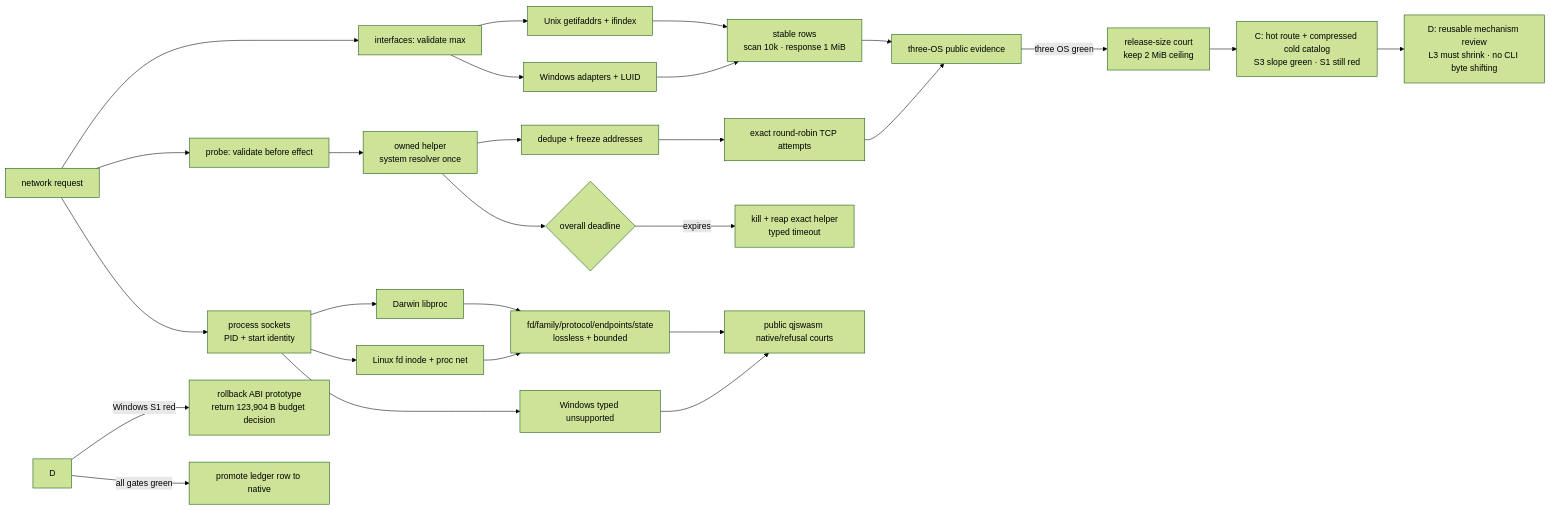
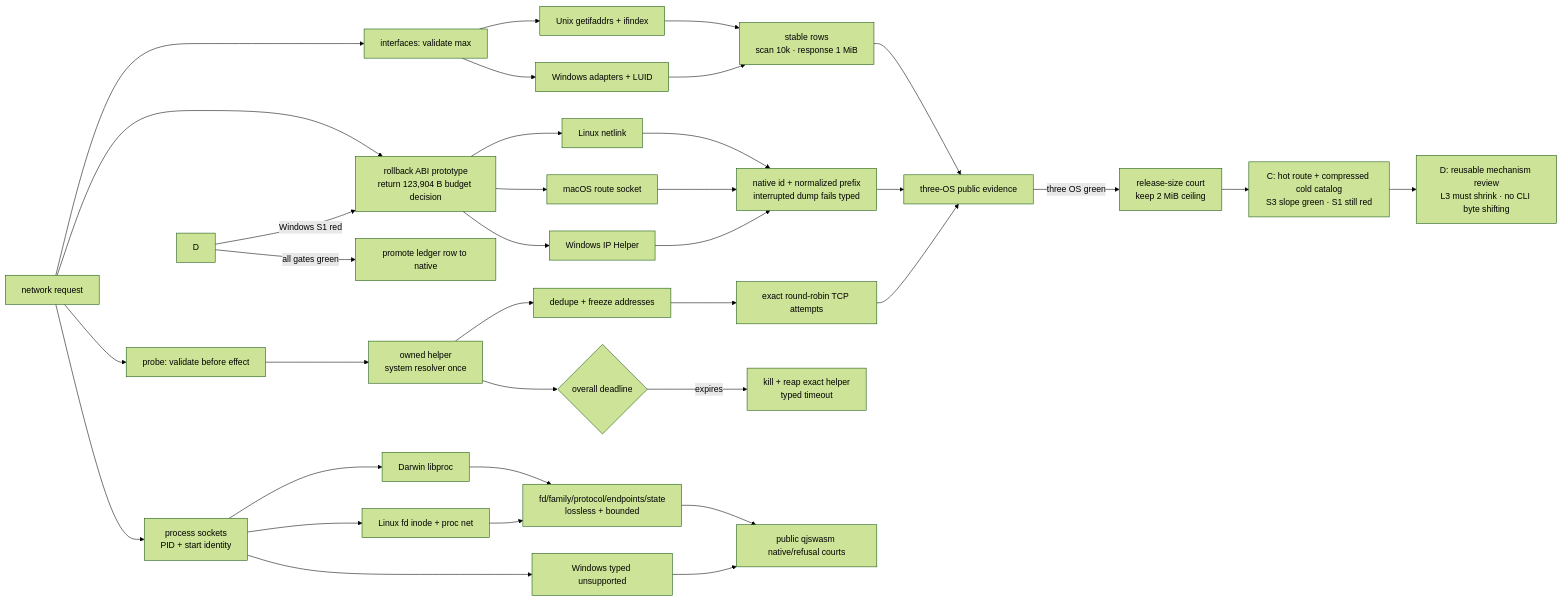
One commit to partnernetsoftware/agenterm changed the fifth of 5 diagrams in prd/PRD_02_28_agenterm_cu.md. Above: the diagram before and after it, drawn with Mermaid (forest theme). The commit also changed other lines of this file and 27 other files, not shown here.

Commit message:
cu: inventory native network routes

````diff
--- a/prd/PRD_02_28_agenterm_cu.md
+++ b/prd/PRD_02_28_agenterm_cu.md
@@ -1024,21 +1032,24 @@
 ```mermaid
 flowchart LR
-  N["network request"] --> I["interfaces: validate max"] & A["probe: validate before effect"] & PS["process sockets<br/>PID + start identity"]
+  N["network request"] --> I["interfaces: validate max"] & R["routes: validate max"] & A["probe: validate before effect"] & PS["process sockets<br/>PID + start identity"]
   I --> U["Unix getifaddrs + ifindex"] & W["Windows adapters + LUID"]
   U & W --> S["stable rows<br/>scan 10k · response 1 MiB"]
+  R --> RL["Linux netlink"] & RM["macOS route socket"] & RW["Windows IP Helper"]
+  RL & RM & RW --> RS["native id + normalized prefix<br/>interrupted dump fails typed"]
+  RS --> E
   S --> E["three-OS public evidence"]
   A --> H["owned helper<br/>system resolver once"]
   H --> F["dedupe + freeze addresses"]
   F --> T["exact round-robin TCP attempts"]
   PS --> PM["Darwin libproc"] & PL["Linux fd inode + proc net"] & PW["Windows typed unsupported"]
   PM & PL --> PJ["fd/family/protocol/endpoints/state<br/>lossless + bounded"]
   PJ & PW --> PE["public qjswasm native/refusal courts"]
   H --> DL{"overall deadline"}
   DL -->|expires| K["kill + reap exact helper<br/>typed timeout"]
   T --> E
   E -->|three OS green| B["release-size court<br/>keep 2 MiB ceiling"]
   B --> C["C: hot route + compressed cold catalog<br/>S3 slope green · S1 still red"]
   C --> MR["D: reusable mechanism review<br/>L3 must shrink · no CLI byte shifting"]
   D -->|Windows S1 red| R["rollback ABI prototype<br/>return 123,904 B budget decision"]
   D -->|all gates green| P["promote ledger row to native"]
 ```
````
